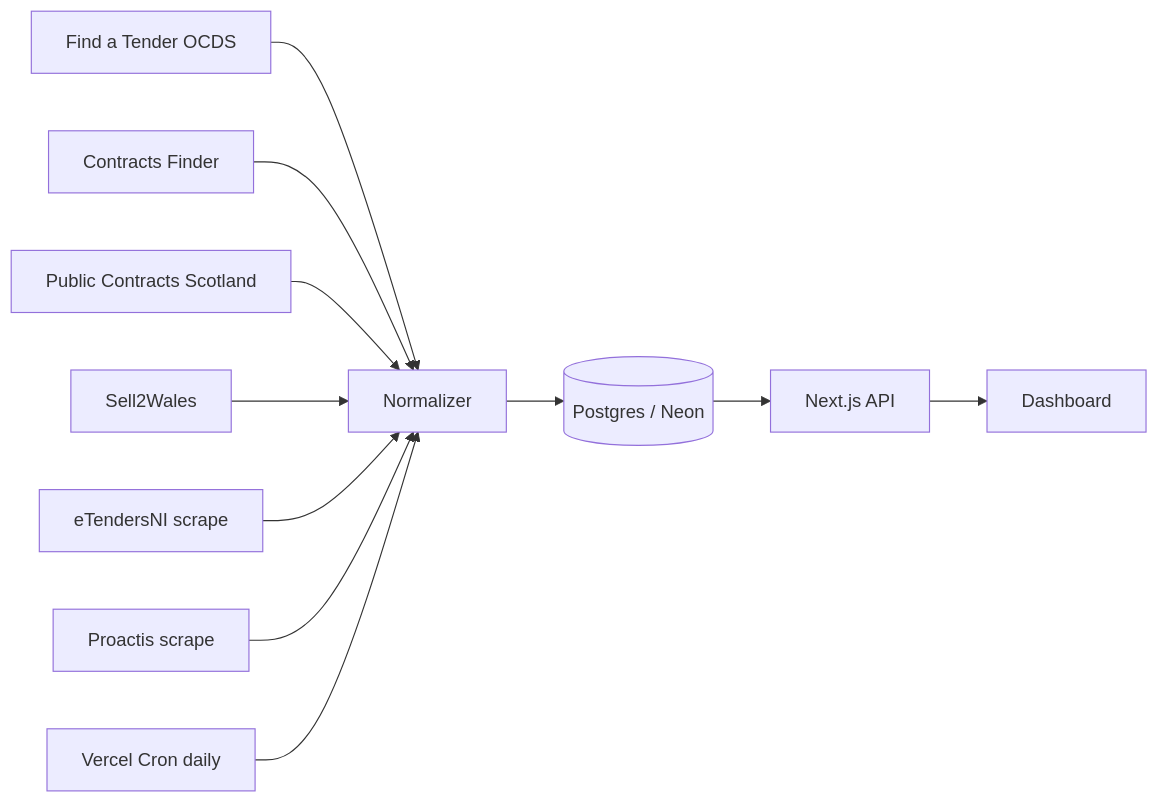
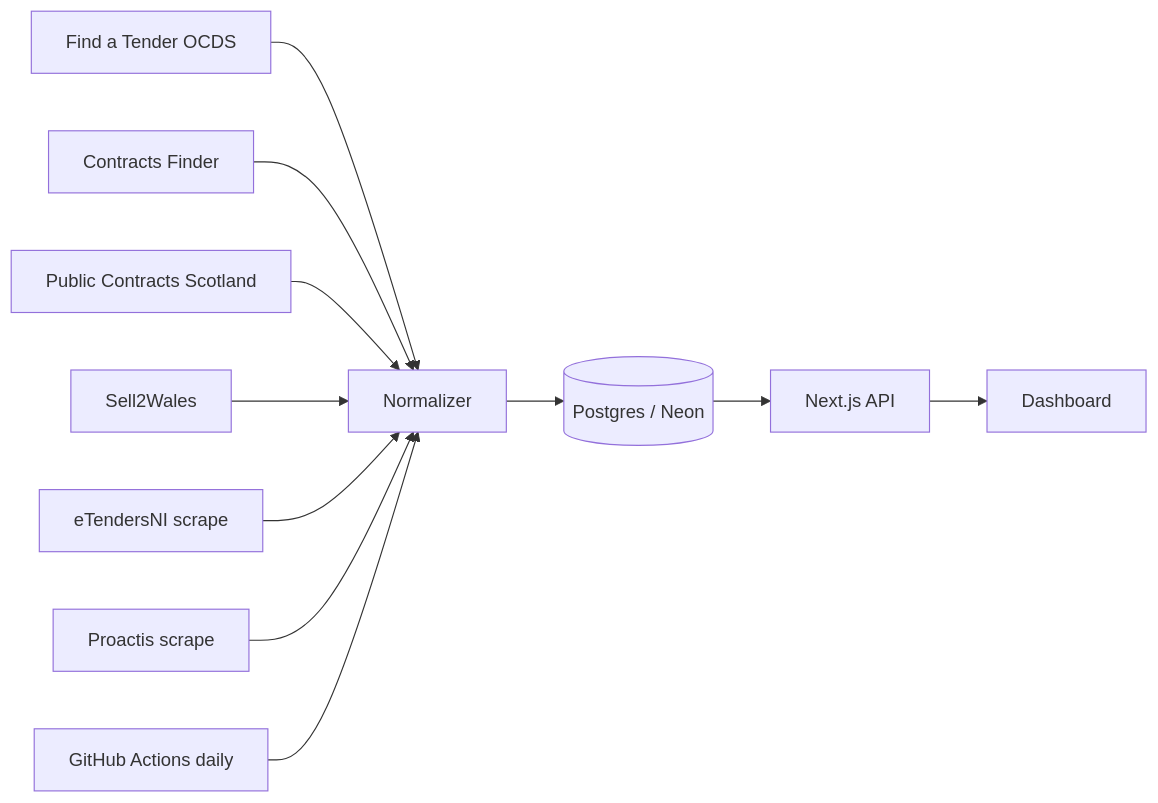
The diagram in README.md (iPriyadarshi/uk-tender-aggregator), drawn with Mermaid before and after one commit. The commit also changed other lines of this file and 13 other files, not shown here.

````diff
--- a/README.md
+++ b/README.md
@@ -7,13 +7,13 @@
 ```mermaid
 flowchart LR
   FTS[Find a Tender OCDS] --> Norm[Normalizer]
   CF[Contracts Finder] --> Norm
   PCS[Public Contracts Scotland] --> Norm
   S2W[Sell2Wales] --> Norm
   NI[eTendersNI scrape] --> Norm
   PRO[Proactis scrape] --> Norm
   Norm --> PG[(Postgres / Neon)]
   PG --> API[Next.js API]
   API --> UI[Dashboard]
-  Cron[Vercel Cron daily] --> Norm
+  GHA[GitHub Actions daily] --> Norm
 ```
````
